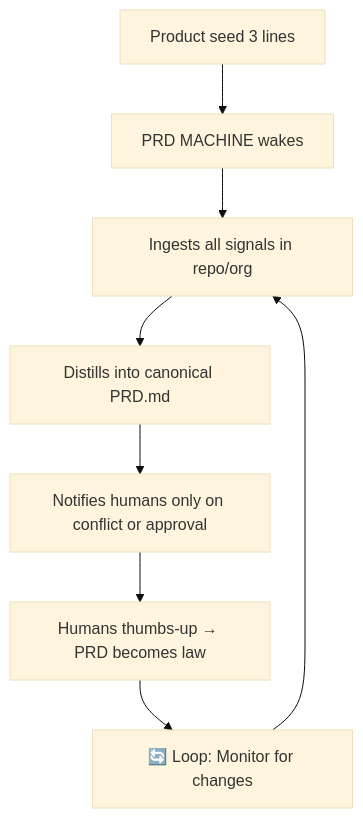
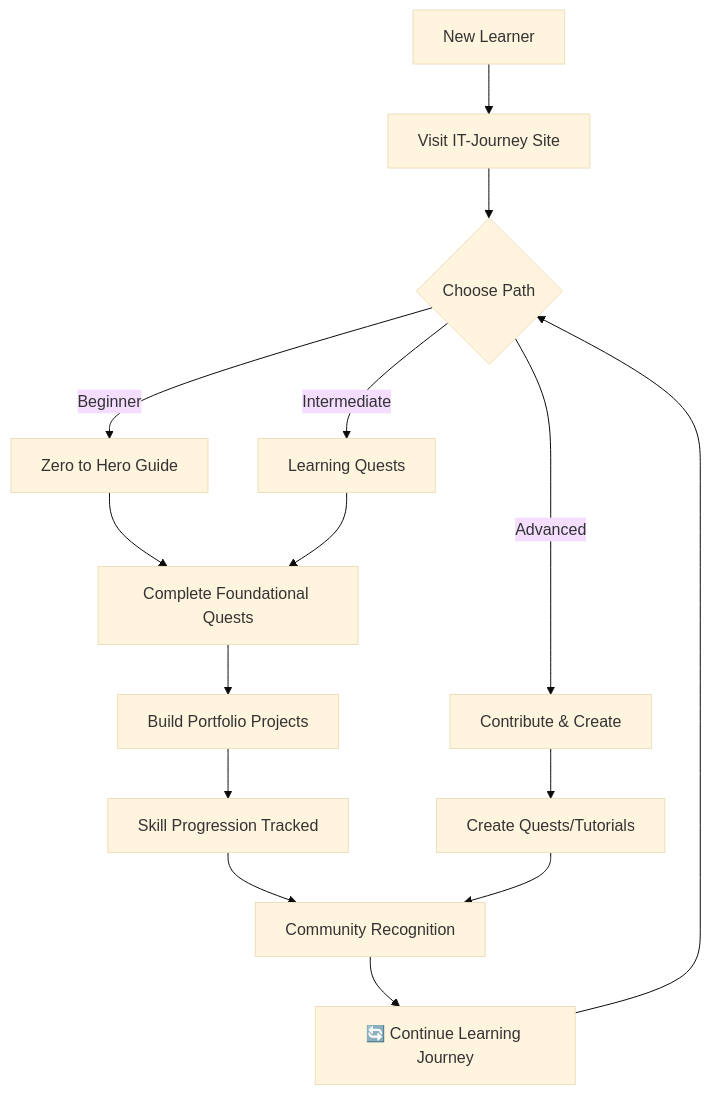
Before and after one commit to bamr87/it-journey: the diagram in PRD.md, drawn with Mermaid (base theme). The commit also changed other lines of this file and 5 other files, not shown here.

First line of the commit message:
feat(prd-machine): Complete PRD Machine implementation with Docker and educational quest

````diff
--- a/PRD.md
+++ b/PRD.md
@@ -50,10 +54,17 @@
 ```mermaid
 graph TD
-    A[Product seed 3 lines] --> B[PRD MACHINE wakes]
-    B --> C[Ingests all signals in repo/org]
-    C --> D[Distills into canonical PRD.md]
-    D --> E[Notifies humans only on conflict or approval]
-    E --> F[Humans thumbs-up → PRD becomes law]
-    F --> G[🔄 Loop: Monitor for changes]
-    G --> C
+    A[New Learner] --> B[Visit IT-Journey Site]
+    B --> C{Choose Path}
+    C -->|Beginner| D[Zero to Hero Guide]
+    C -->|Intermediate| E[Learning Quests]
+    C -->|Advanced| F[Contribute & Create]
+    D --> G[Complete Foundational Quests]
+    E --> G
+    G --> H[Build Portfolio Projects]
+    H --> I[Skill Progression Tracked]
+    I --> J[Community Recognition]
+    F --> K[Create Quests/Tutorials]
+    K --> J
+    J --> L[🔄 Continue Learning Journey]
+    L --> C
 ```
````
